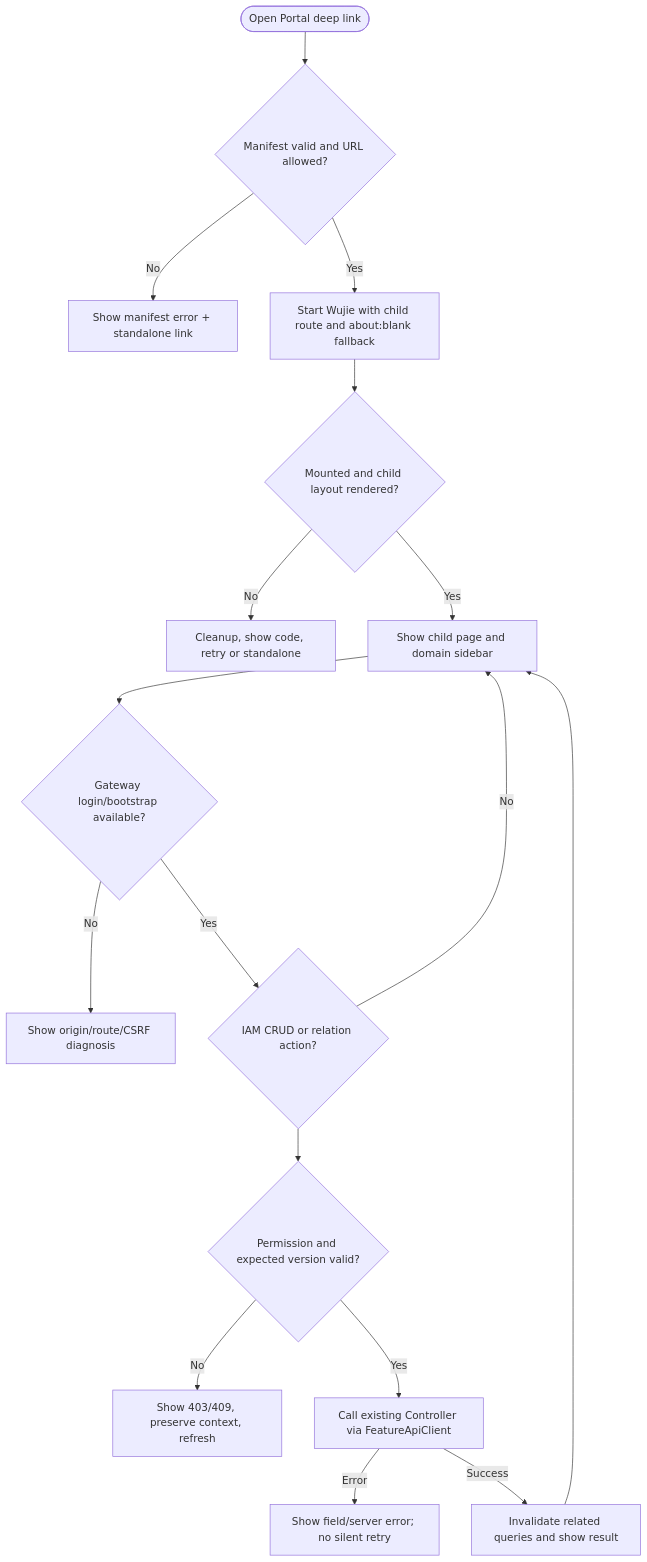
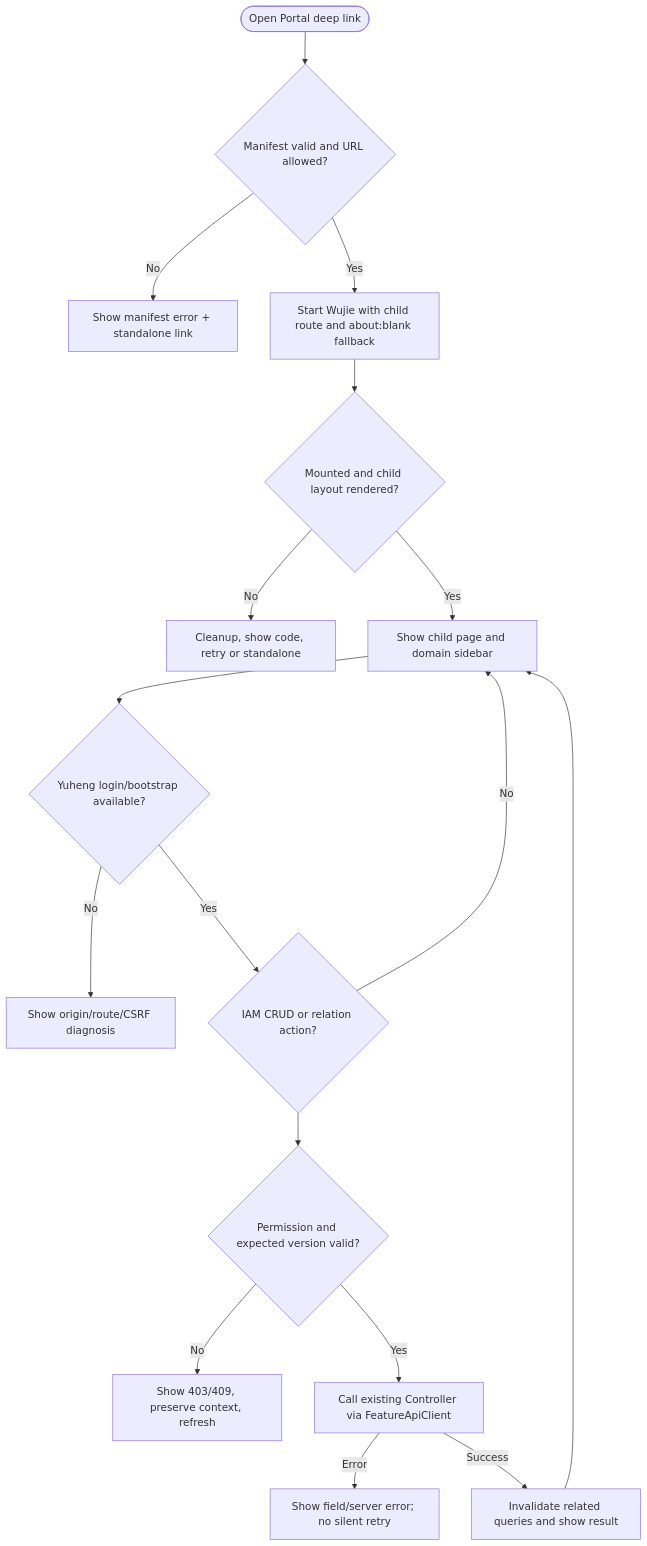
The second of 3 diagrams in docs/egon/spec/2026-08-29-01-11-platforms-ui-completeness-and-runtime-repair.md (AllenDEricDAlexander/Egon-COLA), drawn with Mermaid before and after one commit. The commit also changed other lines of this file and 233 other files, not shown here.

````diff
--- a/docs/egon/spec/2026-08-29-01-11-platforms-ui-completeness-and-runtime-repair.md
+++ b/docs/egon/spec/2026-08-29-01-11-platforms-ui-completeness-and-runtime-repair.md
@@ -295,19 +295,19 @@
 ```mermaid
 flowchart TD
     Start([Open Portal deep link]) --> Manifest{Manifest valid and URL allowed?}
     Manifest -->|No| ManifestError[Show manifest error + standalone link]
     Manifest -->|Yes| StartWujie[Start Wujie with child route and about:blank fallback]
     StartWujie --> Mounted{Mounted and child layout rendered?}
     Mounted -->|No| MountError[Cleanup, show code, retry or standalone]
     Mounted -->|Yes| ChildPage[Show child page and domain sidebar]
-    ChildPage --> Login{Gateway login/bootstrap available?}
+    ChildPage --> Login{Yuheng login/bootstrap available?}
     Login -->|No| LoginDiagnosis[Show origin/route/CSRF diagnosis]
     Login -->|Yes| IAMAction{IAM CRUD or relation action?}
     IAMAction -->|No| ChildPage
     IAMAction --> Version{Permission and expected version valid?}
     Version -->|No| Conflict[Show 403/409, preserve context, refresh]
     Version -->|Yes| Mutation[Call existing Controller via FeatureApiClient]
     Mutation -->|Error| MutationError[Show field/server error; no silent retry]
     Mutation -->|Success| Refresh[Invalidate related queries and show result]
     Refresh --> ChildPage
 ```
````
